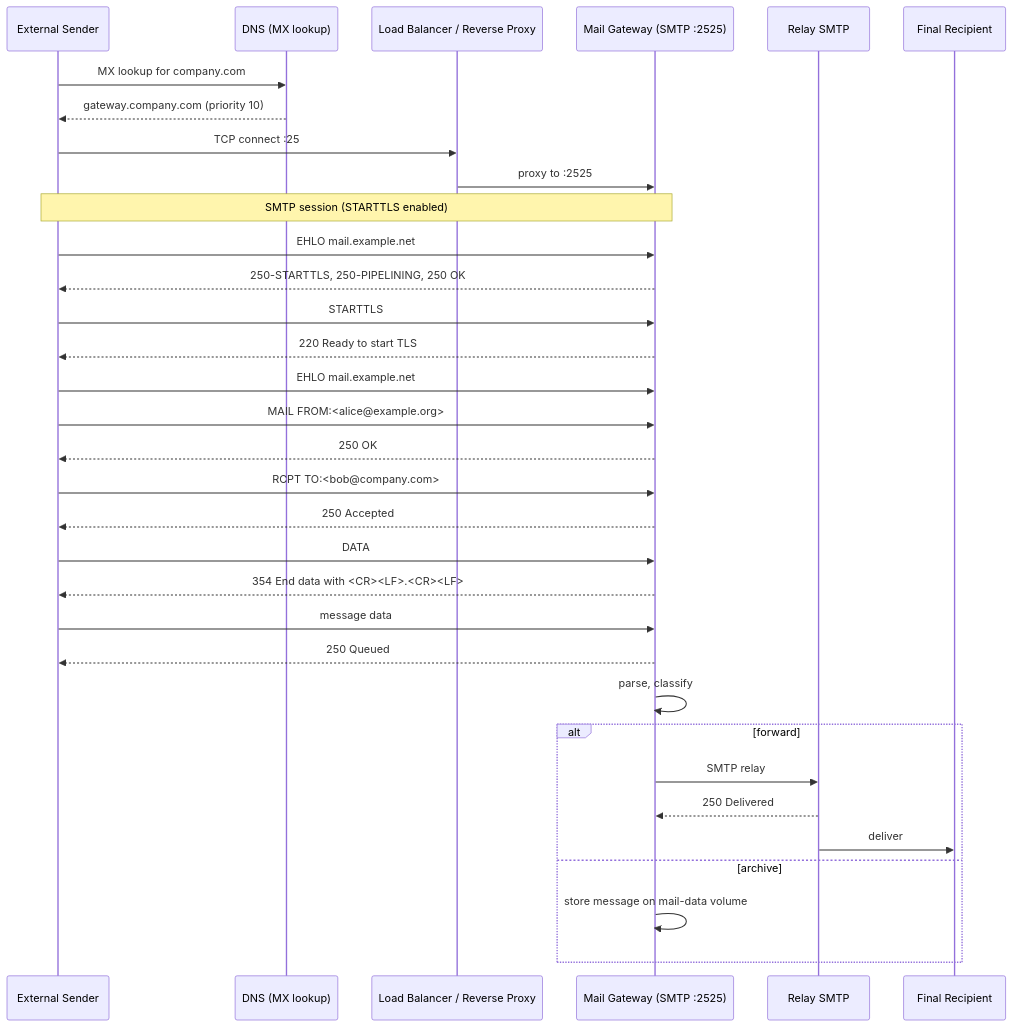
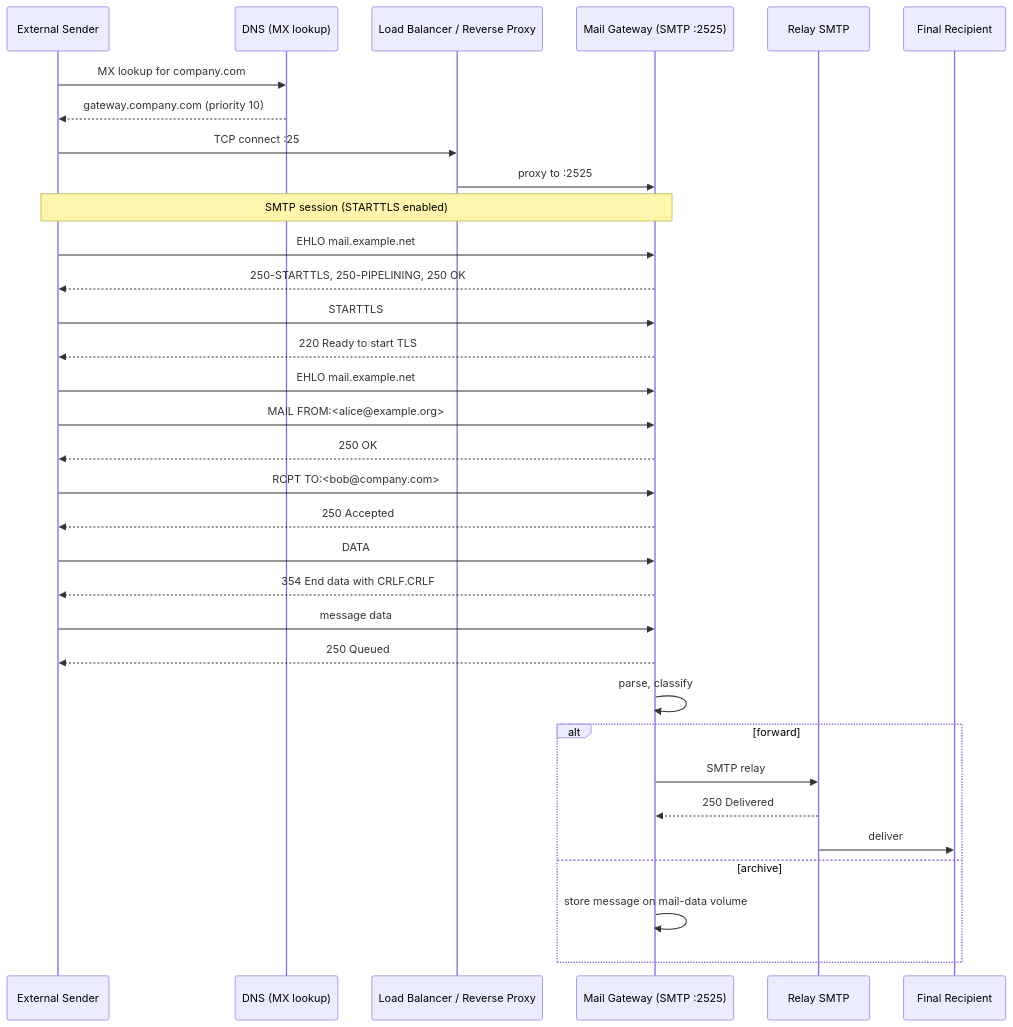
Before and after one commit to Will-gabia/mailgate: the second of 2 diagrams in docs/use-cases/06-production-mx.md, drawn with Mermaid. The commit also changed other lines of this file and 7 other files, not shown here.

````diff
--- a/docs/use-cases/06-production-mx.md
+++ b/docs/use-cases/06-production-mx.md
@@ -31,38 +31,38 @@
 ```mermaid
 sequenceDiagram
   participant Sender as External Sender
   participant DNS as DNS (MX lookup)
   participant LB as Load Balancer / Reverse Proxy
   participant MG as Mail Gateway (SMTP :2525)
   participant Relay as Relay SMTP
   participant Recipient as Final Recipient
 
   Sender->>DNS: MX lookup for company.com
   DNS-->>Sender: gateway.company.com (priority 10)
   Sender->>LB: TCP connect :25
   LB->>MG: proxy to :2525
 
   note over Sender,MG: SMTP session (STARTTLS enabled)
   Sender->>MG: EHLO mail.example.net
   MG-->>Sender: 250-STARTTLS, 250-PIPELINING, 250 OK
   Sender->>MG: STARTTLS
   MG-->>Sender: 220 Ready to start TLS
   Sender->>MG: EHLO mail.example.net
   Sender->>MG: MAIL FROM:<alice@example.org>
   MG-->>Sender: 250 OK
   Sender->>MG: RCPT TO:<bob@company.com>
   MG-->>Sender: 250 Accepted
   Sender->>MG: DATA
-  MG-->>Sender: 354 End data with <CR><LF>.<CR><LF>
+  MG-->>Sender: 354 End data with CRLF.CRLF
   Sender->>MG: message data
   MG-->>Sender: 250 Queued
 
   MG->>MG: parse, classify
   alt forward
     MG->>Relay: SMTP relay
     Relay-->>MG: 250 Delivered
     Relay->>Recipient: deliver
   else archive
     MG->>MG: store message on mail-data volume
   end
 ```
````
